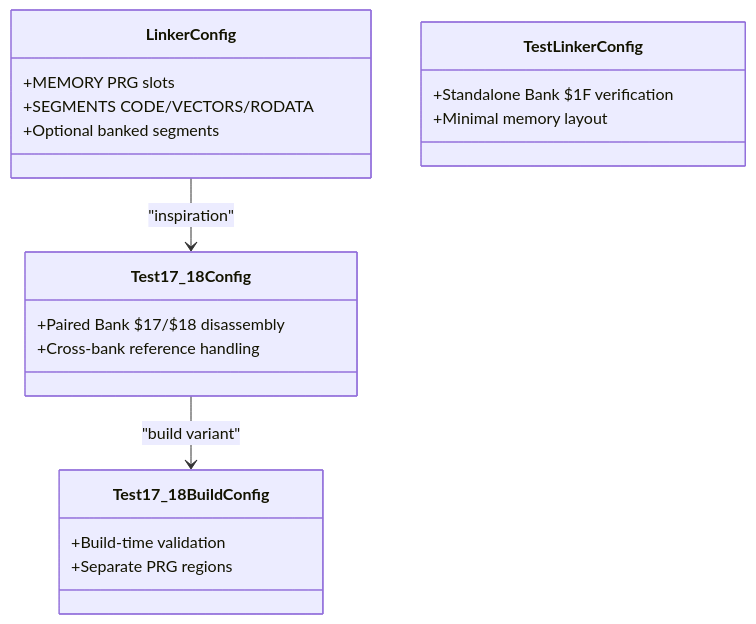
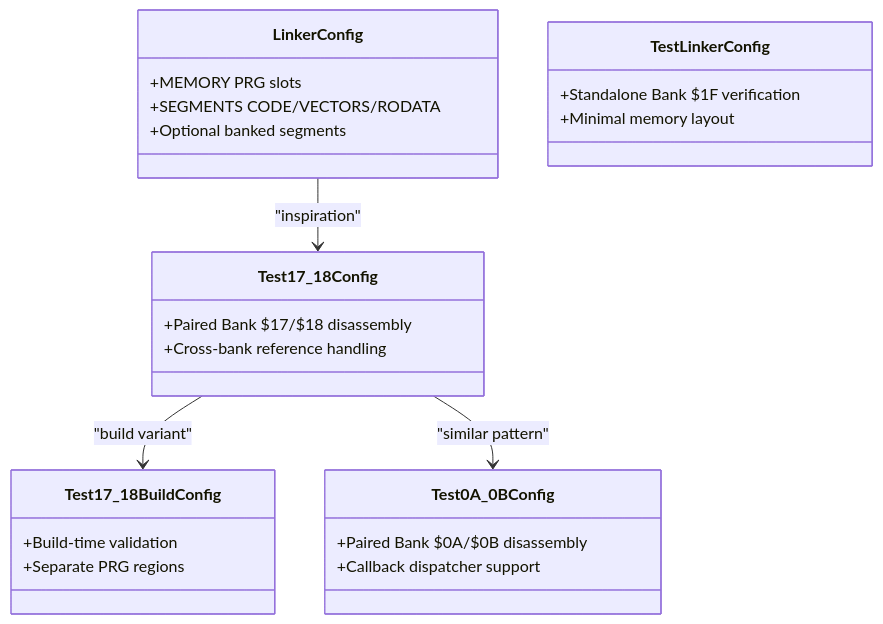
Before and after one commit to rabbyzero/sango2dasm: the seventh of 16 diagrams in .qoder/repowiki/en/content/Build System and Tools/Build System and Tools.md, drawn with Mermaid. The commit also changed other lines of this file and 31 other files, not shown here.

````diff
--- a/.qoder/repowiki/en/content/Build System and Tools/Build System and Tools.md
+++ b/.qoder/repowiki/en/content/Build System and Tools/Build System and Tools.md
@@ -673,22 +708,27 @@
 ```mermaid
 classDiagram
 class LinkerConfig {
 +MEMORY PRG slots
 +SEGMENTS CODE/VECTORS/RODATA
 +Optional banked segments
 }
 class TestLinkerConfig {
 +Standalone Bank $1F verification
 +Minimal memory layout
 }
 class Test17_18Config {
 +Paired Bank $17/$18 disassembly
 +Cross-bank reference handling
 }
 class Test17_18BuildConfig {
 +Build-time validation
 +Separate PRG regions
 }
+class Test0A_0BConfig {
++Paired Bank $0A/$0B disassembly
++Callback dispatcher support
+}
 LinkerConfig --> Test17_18Config : "inspiration"
 Test17_18Config --> Test17_18BuildConfig : "build variant"
+Test17_18Config --> Test0A_0BConfig : "similar pattern"
 ```
````
